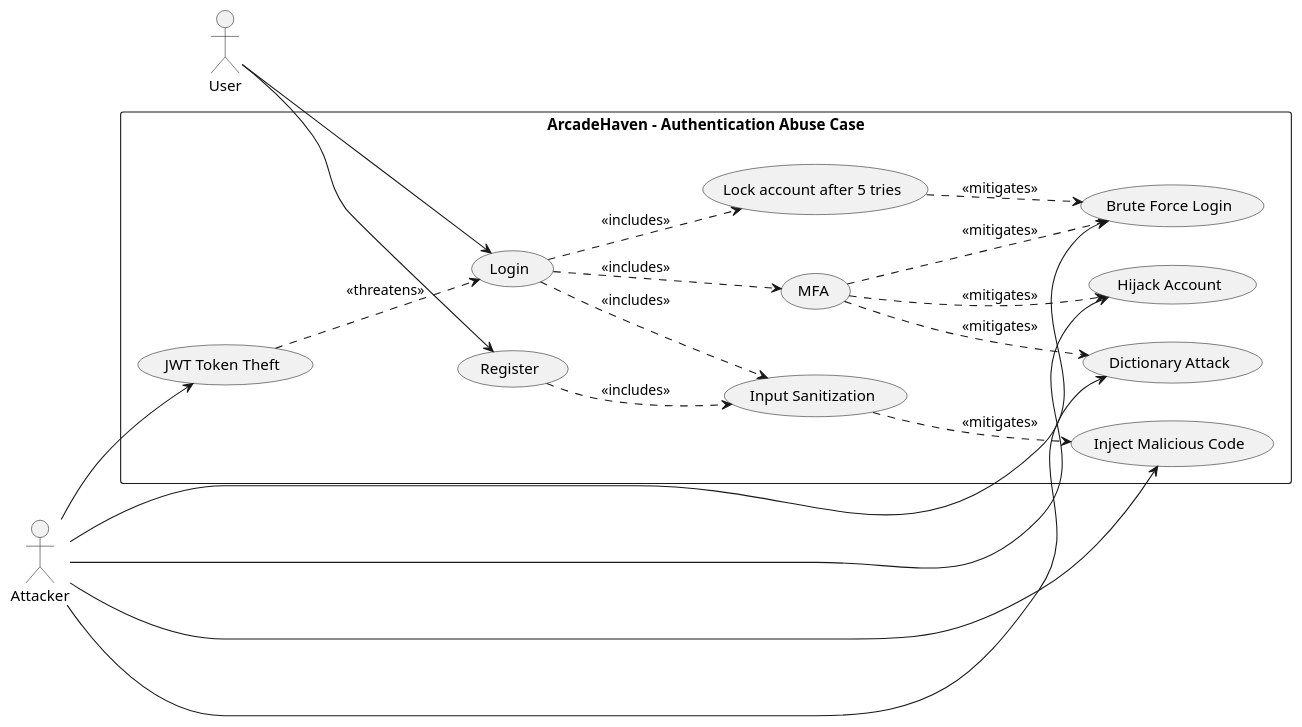
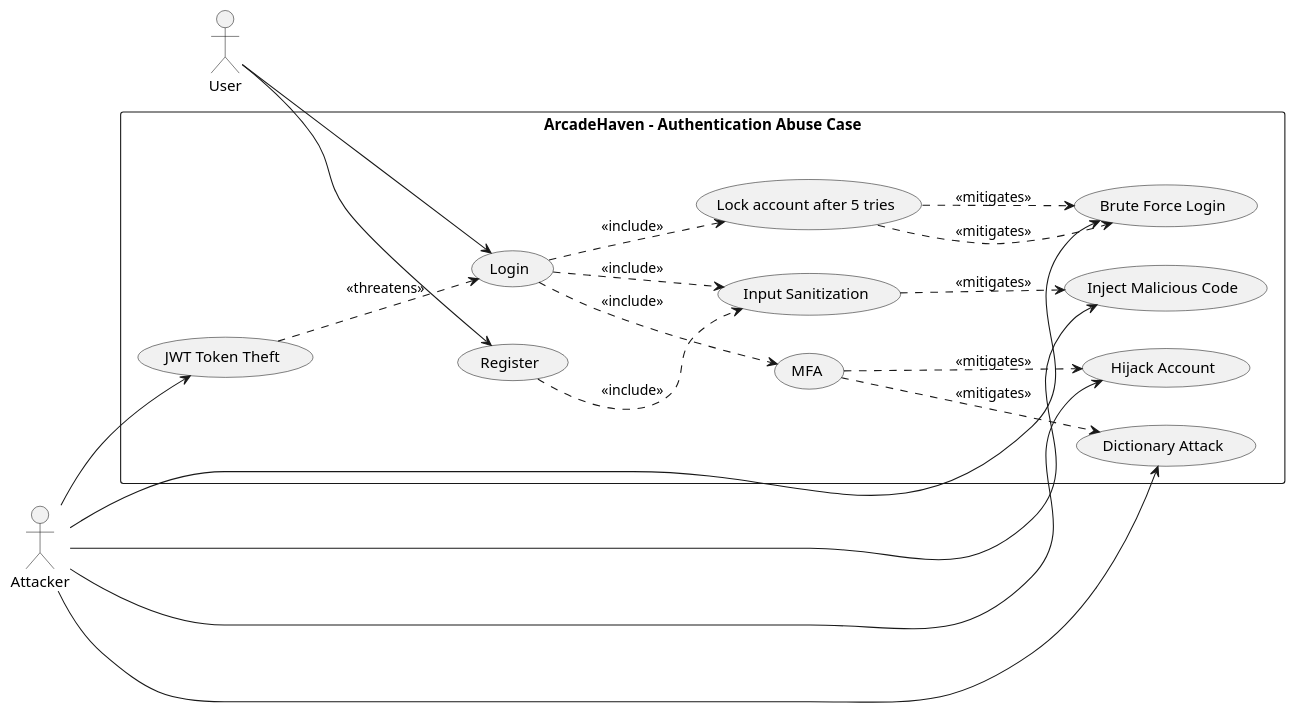
One commit to mei-desofs/desofs2026-wed_nap_2 changed the diagram in Documentation/ThreatModeling/AbuseCases/v2/authorization-abuse-case.puml. Above: the diagram before and after it, drawn with PlantUML. The commit also changed 11 other files, not shown here.

```diff
--- a/Documentation/ThreatModeling/AbuseCases/v2/authorization-abuse-case.puml
+++ b/Documentation/ThreatModeling/AbuseCases/v2/authorization-abuse-case.puml
@@ -1,38 +1,39 @@
 @startuml
 
 left to right direction
 skinparam packageStyle rectangle
 
 actor User
 actor Attacker
 
 rectangle "ArcadeHaven - Authentication Abuse Case" {
 
   User --> (Register)
   User --> (Login)
 
   Attacker --> (Inject Malicious Code)
   Attacker --> (Hijack Account)
   Attacker --> (Brute Force Login)
   Attacker --> (Dictionary Attack)
   Attacker --> (JWT Token Theft)
 
-  (Register) ..> (Input Sanitization) : <<includes>>
+  (Register) ..> (Input Sanitization) : <<include>>
 
-  (Login) ..> (Input Sanitization) : <<includes>>
-  (Login) ..> (MFA) : <<includes>>
-  (Login) ..> (Lock account after 5 tries) : <<includes>>
+  (Login) ..> (Input Sanitization) : <<include>>
+  (Login) ..> (MFA) : <<include>>
+  (Login) ..> (Lock account after 5 tries) : <<include>>
 
   (Input Sanitization) ..> (Inject Malicious Code) : <<mitigates>>
 
+  (Lock account after 5 tries) ..> (Brute Force Login) : <<mitigates>>
+
   (MFA) ..> (Hijack Account) : <<mitigates>>
-  (MFA) ..> (Brute Force Login) : <<mitigates>>
   (MFA) ..> (Dictionary Attack) : <<mitigates>>
 
   (Lock account after 5 tries) ..> (Brute Force Login) : <<mitigates>>
 
   (JWT Token Theft) ..> (Login) : <<threatens>>
 
 }
 
 @enduml
```
